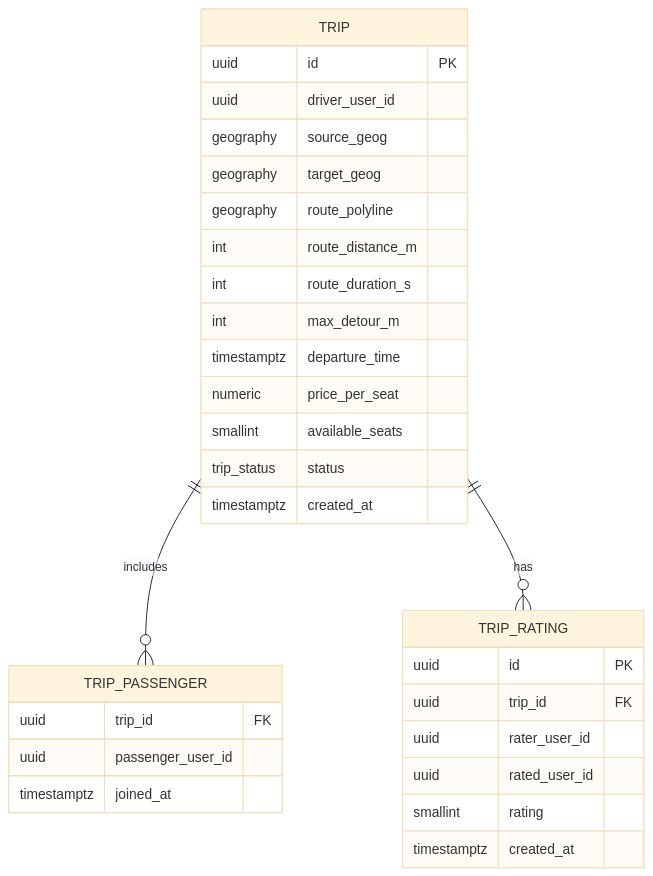
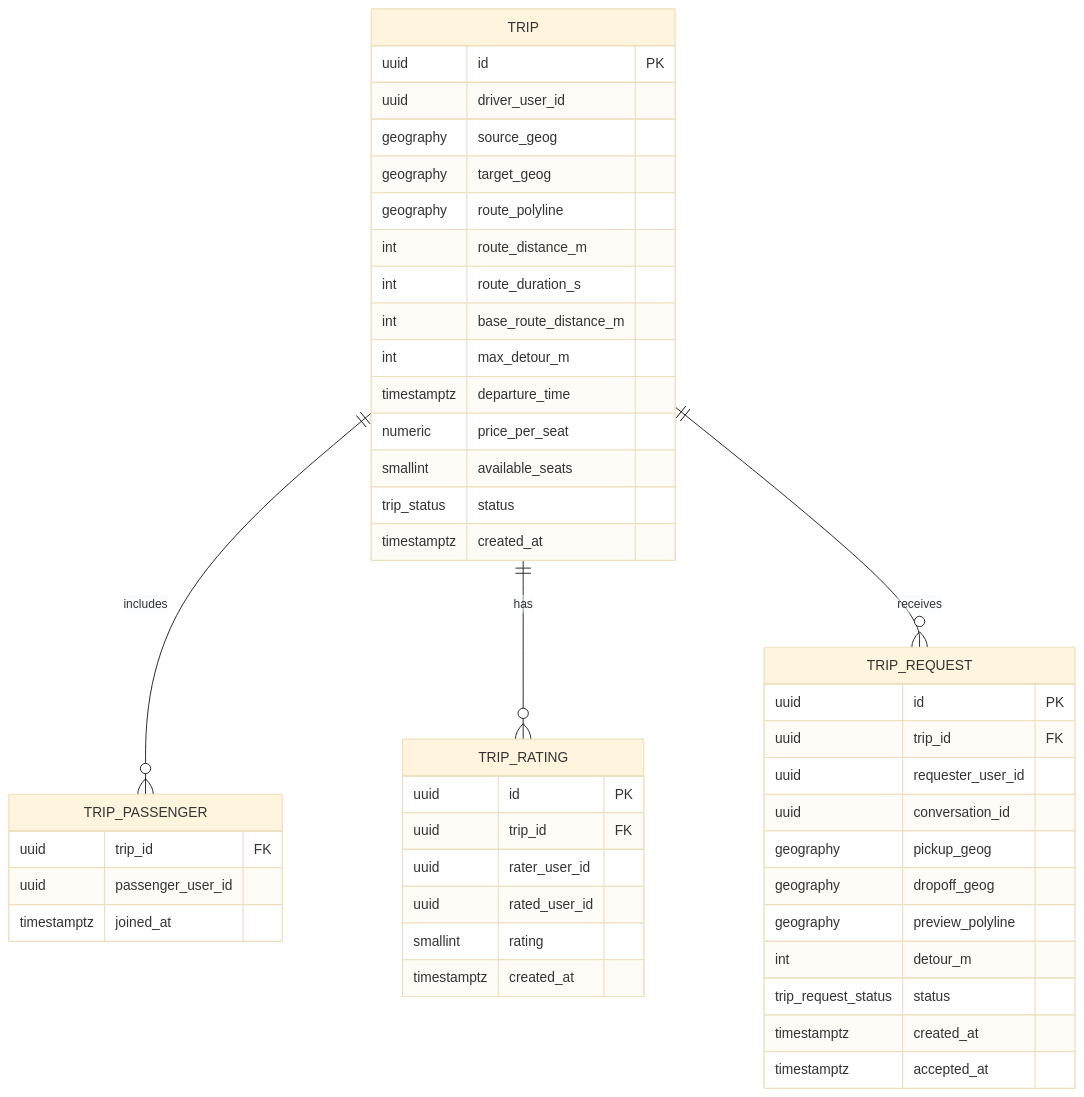
Before and after one commit to Lukasz921/RoadTripPullUp: the third of 3 diagrams in docs/db-schema.md, drawn with Mermaid (base theme). The commit also changed other lines of this file, not shown here.

Commit message:
docs: trip_request table + base_route_distance_m in db schema

````diff
--- a/docs/db-schema.md
+++ b/docs/db-schema.md
@@ -90,36 +90,52 @@
 ```mermaid
 erDiagram
     TRIP {
         uuid id PK
         uuid driver_user_id
         geography source_geog
         geography target_geog
         geography route_polyline
         int route_distance_m
         int route_duration_s
+        int base_route_distance_m
         int max_detour_m
         timestamptz departure_time
         numeric price_per_seat
         smallint available_seats
         trip_status status
         timestamptz created_at
     }
 
     TRIP_PASSENGER {
         uuid trip_id FK
         uuid passenger_user_id
         timestamptz joined_at
     }
 
     TRIP_RATING {
         uuid id PK
         uuid trip_id FK
         uuid rater_user_id
         uuid rated_user_id
         smallint rating
         timestamptz created_at
     }
 
+    TRIP_REQUEST {
+        uuid id PK
+        uuid trip_id FK
+        uuid requester_user_id
+        uuid conversation_id
+        geography pickup_geog
+        geography dropoff_geog
+        geography preview_polyline
+        int detour_m
+        trip_request_status status
+        timestamptz created_at
+        timestamptz accepted_at
+    }
+
     TRIP ||--o{ TRIP_PASSENGER : includes
     TRIP ||--o{ TRIP_RATING : "has"
+    TRIP ||--o{ TRIP_REQUEST : "receives"
 ```
````
